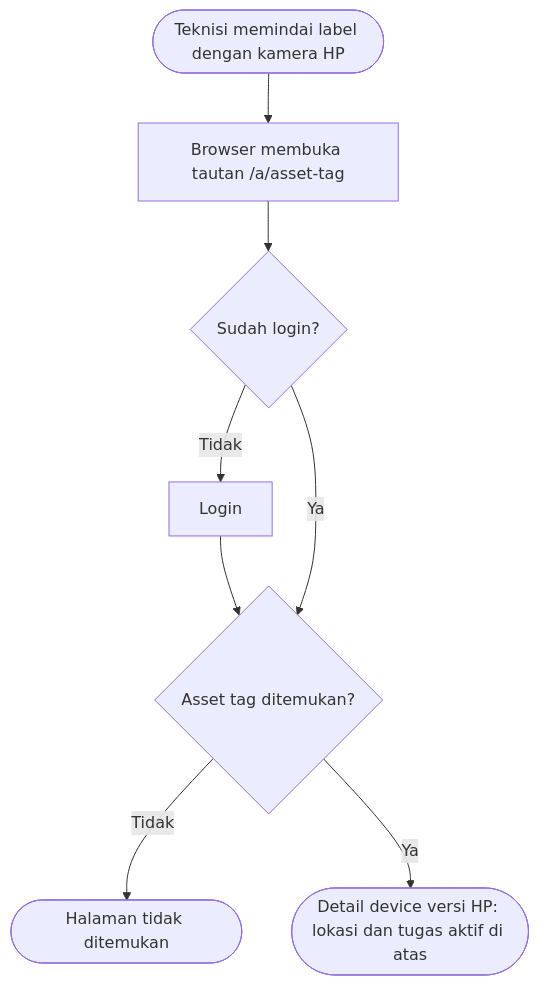
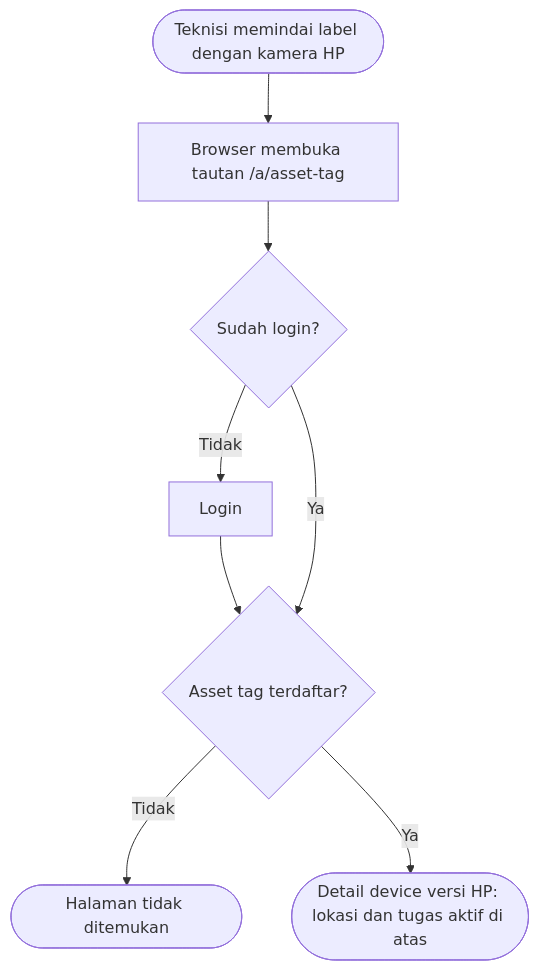
The sixth of 6 diagrams in docs/diagrams/flowchart.md (haldrianlab-arch/DCM_PROJECT), drawn with Mermaid before and after one commit. The commit also changed other lines of this file and 10 other files, not shown here.

Commit message:
docs: PRD v0.3, design spec v0.3, flowchart dan use case diperbarui

````diff
--- a/docs/diagrams/flowchart.md
+++ b/docs/diagrams/flowchart.md
@@ -105,9 +136,9 @@
 ```mermaid
 flowchart TD
     A([Teknisi memindai label dengan kamera HP]) --> B["Browser membuka tautan /a/asset-tag"]
     B --> C{Sudah login?}
     C -- Tidak --> D[Login] --> E
-    C -- Ya --> E{"Asset tag ditemukan?"}
+    C -- Ya --> E{"Asset tag terdaftar?"}
     E -- Tidak --> F([Halaman tidak ditemukan])
     E -- Ya --> G([Detail device versi HP: lokasi dan tugas aktif di atas])
 ```
````
